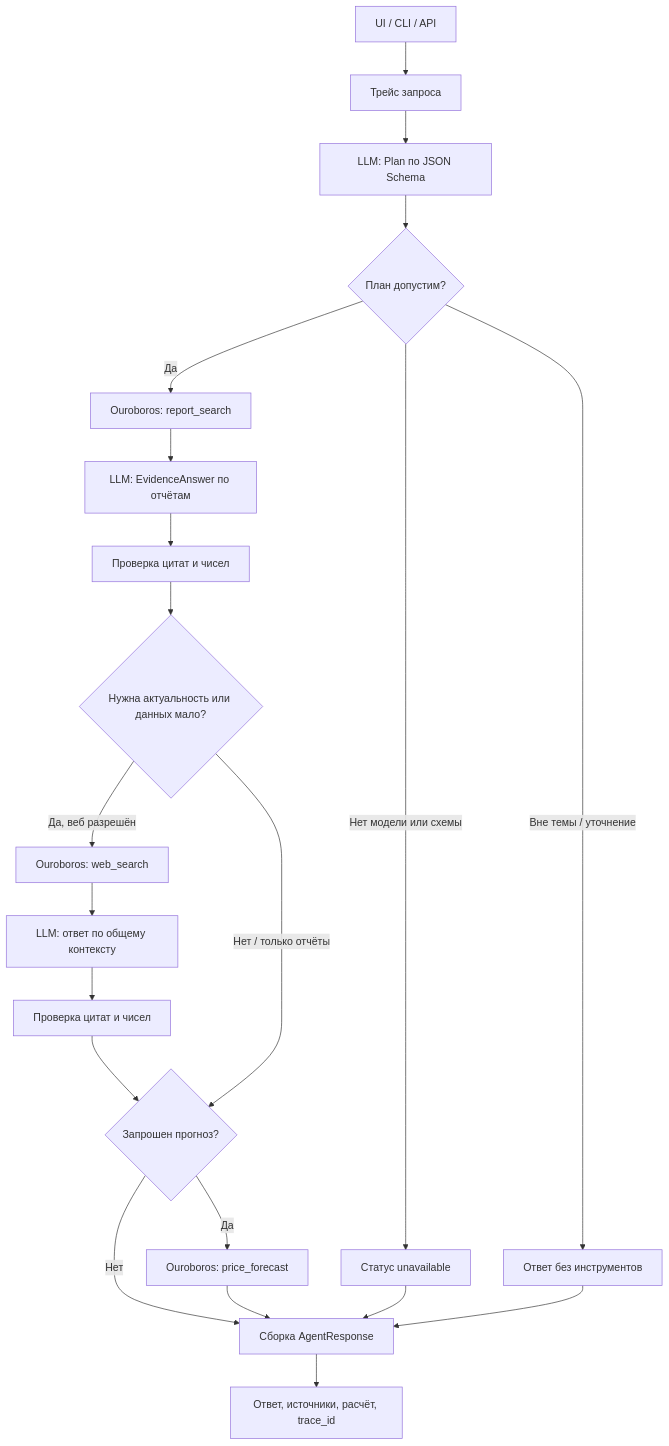
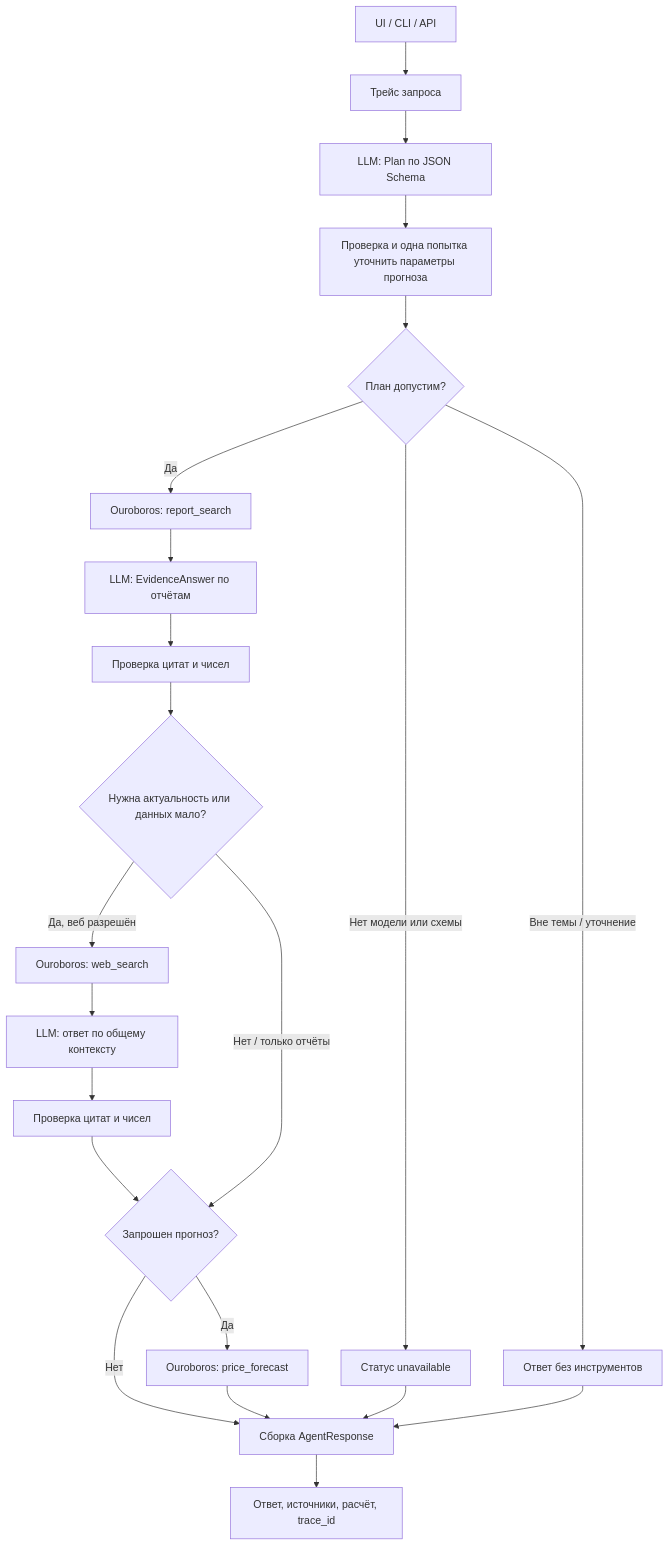
The diagram in docs/Architecture.md (moomivee/ai_assistant), drawn with Mermaid before and after one commit. The commit also changed other lines of this file and 14 other files, not shown here.

````diff
--- a/docs/Architecture.md
+++ b/docs/Architecture.md
@@ -7,23 +7,24 @@
 ```mermaid
 flowchart TD
     A["UI / CLI / API"] --> B["Трейс запроса"]
     B --> C["LLM: Plan по JSON Schema"]
-    C --> D{"План допустим?"}
+    C --> Q["Проверка и одна попытка уточнить параметры прогноза"]
+    Q --> D{"План допустим?"}
     D -->|"Нет модели или схемы"| X["Статус unavailable"]
     D -->|"Вне темы / уточнение"| Y["Ответ без инструментов"]
     D -->|"Да"| R["Ouroboros: report_search"]
     R --> E["LLM: EvidenceAnswer по отчётам"]
     E --> F["Проверка цитат и чисел"]
     F --> G{"Нужна актуальность или данных мало?"}
     G -->|"Да, веб разрешён"| W["Ouroboros: web_search"]
     W --> S["LLM: ответ по общему контексту"]
     S --> V["Проверка цитат и чисел"]
     V --> P{"Запрошен прогноз?"}
     G -->|"Нет / только отчёты"| P
     P -->|"Да"| M["Ouroboros: price_forecast"]
     P -->|"Нет"| Z["Сборка AgentResponse"]
     M --> Z
     X --> Z
     Y --> Z
     Z --> O["Ответ, источники, расчёт, trace_id"]
 ```
````
